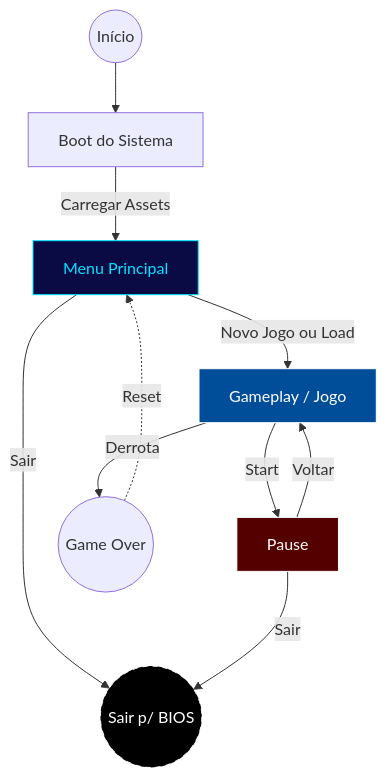
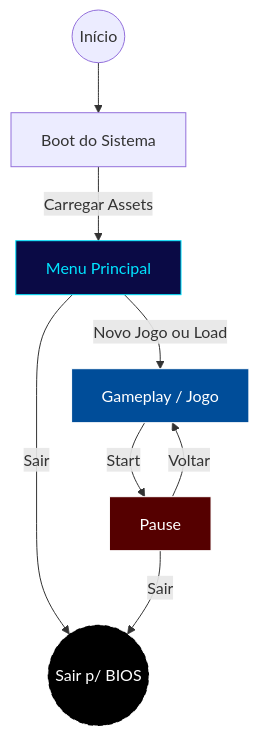
Before and after one commit to PedroQuimelo/Krone_PS2: the first of 2 diagrams in docs/fluxo_dados.md, drawn with Mermaid.

````diff
--- a/docs/fluxo_dados.md
+++ b/docs/fluxo_dados.md
@@ -18,29 +18,26 @@
 ```mermaid
 graph TD
     %% Nós (Caixas)
     Start((Início)) --> Boot[Boot do Sistema]
     Boot -->|Carregar Assets| Menu[Menu Principal]
     
     %% Conexões do Menu
     Menu -->|Novo Jogo ou Load| Jogo[Gameplay / Jogo]
     Menu -->|Sair| BIOS((Sair p/ BIOS))
     
     %% Ciclo de Pause
     Jogo -->|Start| Pause[Pause]
     Pause -->|Voltar| Jogo
     
     %% Saída do Pause (Também vai pra BIOS)
     Pause -->|Sair| BIOS
     
-    %% Game Over
-    Jogo -->|Derrota| GameOver((Game Over))
-    GameOver -.->|Reset| Menu
 
     %% Estilização (Tema Visual)
     style Menu fill:#0a0a45,color:#00e5ff,stroke:#00e5ff
     style Jogo fill:#004d99,color:#fff,stroke:#fff
     style Pause fill:#550000,color:#fff,stroke:#fff
     
     %% Estilo da BIOS (Terminal Preto)
     style BIOS fill:#000,color:#fff,stroke:#fff,stroke-dasharray: 5 5
 ```
````
